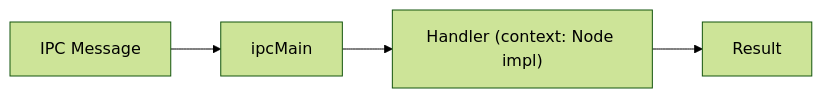
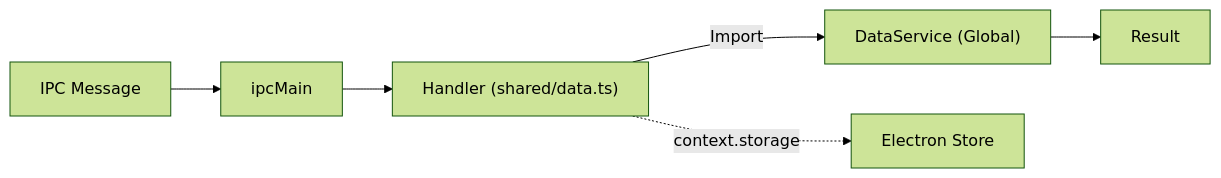
The first of 2 diagrams in docs/architecture/01-concepts/handler-pattern.md (NerdyHomeReOpen/RiceCall), drawn with Mermaid (forest theme) before and after one commit. The commit also changed other lines of this file and 2 other files, not shown here.

Commit message:
docs: update document

````diff
--- a/docs/architecture/01-concepts/handler-pattern.md
+++ b/docs/architecture/01-concepts/handler-pattern.md
@@ -33,6 +33,8 @@
 ```mermaid
 graph LR
     A[IPC Message] --> B[ipcMain]
-    B --> C["Handler (context: Node impl)"]
-    C --> D[Result]
+    B --> C["Handler (shared/data.ts)"]
+    C -->|Import| Service["DataService (Global)"]
+    C -.->|context.storage| Store[Electron Store]
+    Service --> D[Result]
 ```
````
